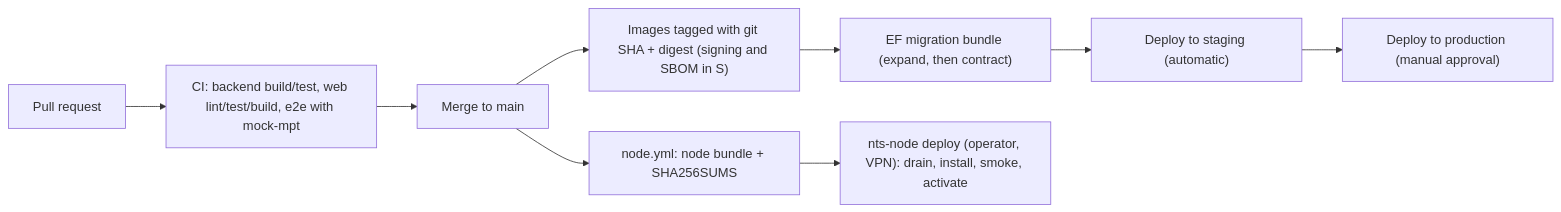
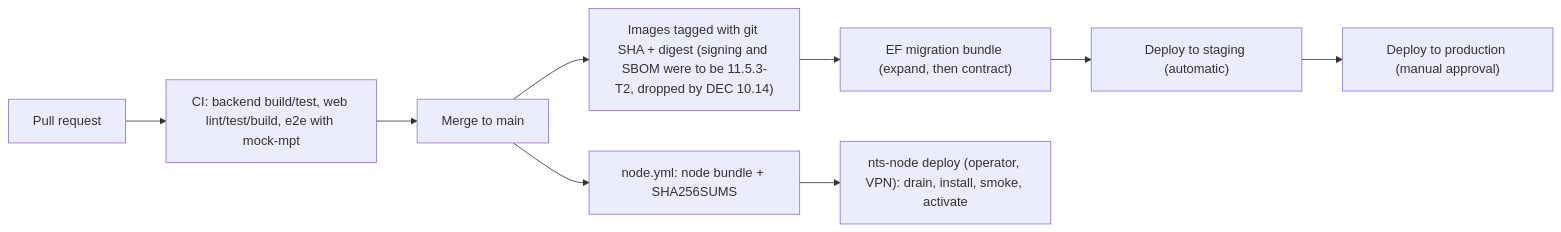
One commit to anglesen1120/NightTalesStudio changed the eighth of 8 diagrams in WORKFLOW.md. Above: the diagram before and after it, drawn with Mermaid. The commit also changed other lines of this file and 335 other files, not shown here.

````diff
--- a/WORKFLOW.md
+++ b/WORKFLOW.md
@@ -210,8 +203,8 @@
 ```mermaid
 flowchart LR
   PRB["Pull request"] --> CI["CI: backend build/test, web lint/test/build, e2e with mock-mpt"]
-  CI --> MN["Merge to main"] --> IMG["Images tagged with git SHA + digest (signing and SBOM in S)"]
+  CI --> MN["Merge to main"] --> IMG["Images tagged with git SHA + digest (signing and SBOM were to be 11.5.3-T2, dropped by DEC 10.14)"]
   IMG --> MIG["EF migration bundle (expand, then contract)"] --> STG["Deploy to staging (automatic)"]
   STG --> PRD["Deploy to production (manual approval)"]
   MN --> NB["node.yml: node bundle + SHA256SUMS"] --> ND["nts-node deploy (operator, VPN): drain, install, smoke, activate"]
 ```
````
